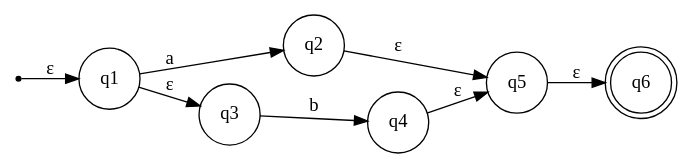
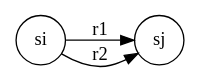
Before and after one commit to Euato-Key/COMPILER-EDU-FRONTEND: the third of 7 diagrams in src/docs/markdown/fa/step2-nfa-construction.md, drawn with Graphviz. The commit also changed other lines of this file and 2 other files, not shown here.

````diff
--- a/src/docs/markdown/fa/step2-nfa-construction.md
+++ b/src/docs/markdown/fa/step2-nfa-construction.md
@@ -98,22 +305,10 @@
 ```dot
 digraph G {
     rankdir=LR;
     node [shape=circle];
-    
-    q0 [shape=point];
-    q1 [shape=circle];
-    q2 [shape=circle];
-    q3 [shape=circle];
-    q4 [shape=circle];
-    q5 [shape=circle];
-    q6 [shape=doublecircle];
-    
-    q0 -> q1 [label="ε"];
-    q1 -> q2 [label="a"];
-    q1 -> q3 [label="ε"];
-    q3 -> q4 [label="b"];
-    q2 -> q5 [label="ε"];
-    q4 -> q5 [label="ε"];
-    q5 -> q6 [label="ε"];
+    si [label="si"];
+    sj [label="sj"];
+    si -> sj [label="r1"];
+    si -> sj [label="r2"];
 }
 ```
````
